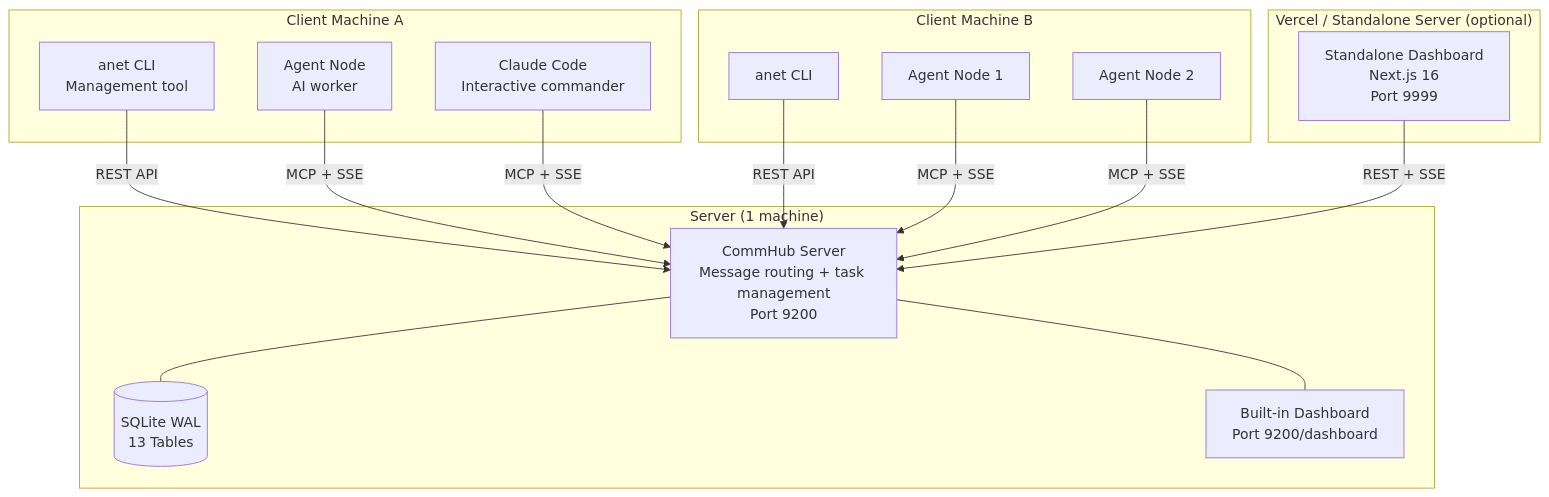
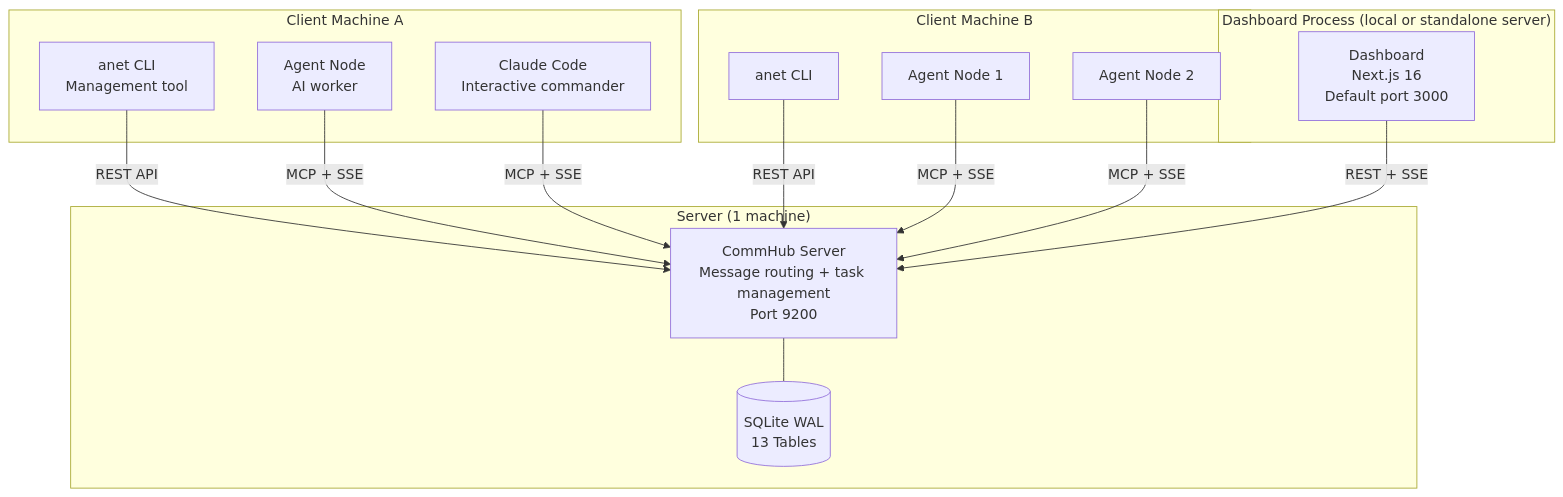
One commit to sleep2agi/agent-network changed the first of 7 diagrams in docs-site/docs/en/guide/architecture.md. Above: the diagram before and after it, drawn with Mermaid. The commit also changed other lines of this file and 70 other files, not shown here.

````diff
--- a/docs-site/docs/en/guide/architecture.md
+++ b/docs-site/docs/en/guide/architecture.md
@@ -9,34 +9,32 @@
 ```mermaid
 graph TB
     subgraph "Server (1 machine)"
         S["CommHub Server<br/>Message routing + task management<br/>Port 9200"]
         DB[(SQLite WAL<br/>13 Tables)]
-        DASH_LITE["Built-in Dashboard<br/>Port 9200/dashboard"]
         S --- DB
-        S --- DASH_LITE
     end
 
-    subgraph "Vercel / Standalone Server (optional)"
-        DASH_FULL["Standalone Dashboard<br/>Next.js 16<br/>Port 9999"]
+    subgraph "Dashboard Process (local or standalone server)"
+        DASH_FULL["Dashboard<br/>Next.js 16<br/>Default port 3000"]
     end
 
     subgraph "Client Machine A"
         CLI_A["anet CLI<br/>Management tool"]
         AN_A["Agent Node<br/>AI worker"]
         CC_A["Claude Code<br/>Interactive commander"]
     end
 
     subgraph "Client Machine B"
         CLI_B["anet CLI"]
         AN_B1["Agent Node 1"]
         AN_B2["Agent Node 2"]
     end
 
     CLI_A -->|"REST API"| S
     AN_A -->|"MCP + SSE"| S
     CC_A -->|"MCP + SSE"| S
     CLI_B -->|"REST API"| S
     AN_B1 -->|"MCP + SSE"| S
     AN_B2 -->|"MCP + SSE"| S
     DASH_FULL -->|"REST + SSE"| S
 ```
````
